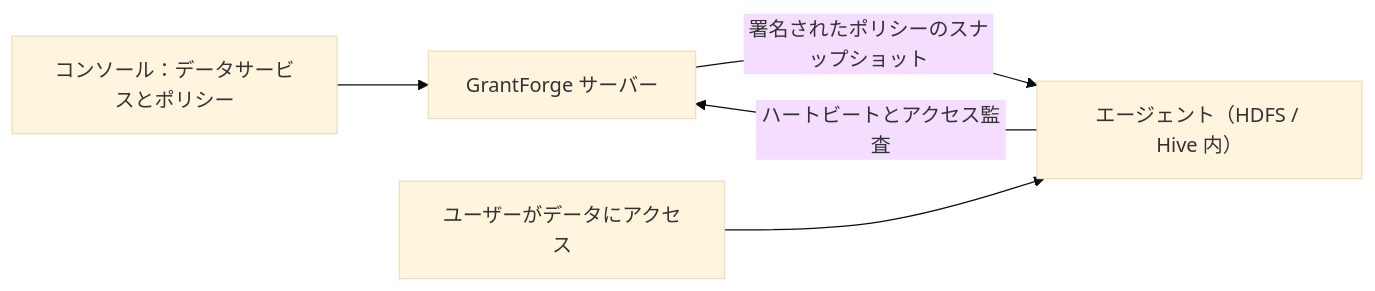
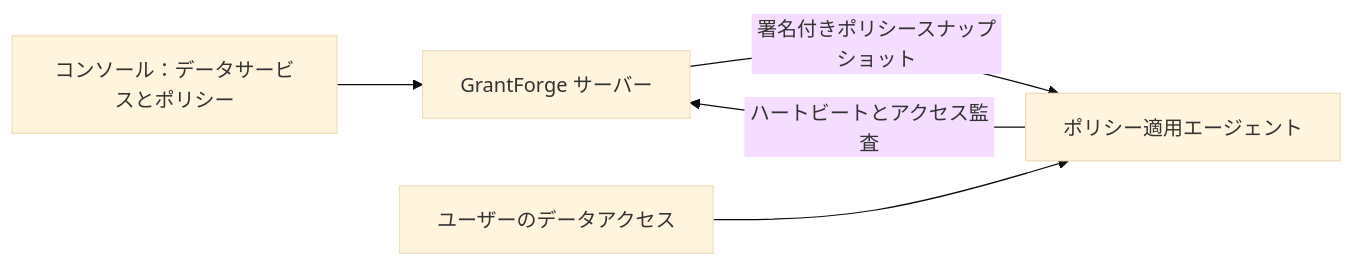
One commit to devlive-community/grantforge changed the diagram in docs/content/ja/external/data-services.md. Above: the diagram before and after it, drawn with Mermaid (base theme). The commit also changed other lines of this file and 45 other files, not shown here.

````diff
--- a/docs/content/ja/external/data-services.md
+++ b/docs/content/ja/external/data-services.md
@@ -17,7 +17,7 @@
 ```mermaid
 flowchart LR
-  C[コンソール：データサービスとポリシー] --> S[GrantForge サーバー]
-  S -->|署名されたポリシーのスナップショット| A[エージェント（HDFS / Hive 内）]
+  C["コンソール：データサービスとポリシー"] --> S["GrantForge サーバー"]
+  S -->|署名付きポリシースナップショット| A["ポリシー適用エージェント"]
   A -->|ハートビートとアクセス監査| S
-  U[ユーザーがデータにアクセス] --> A
+  U["ユーザーのデータアクセス"] --> A
 ```
````
